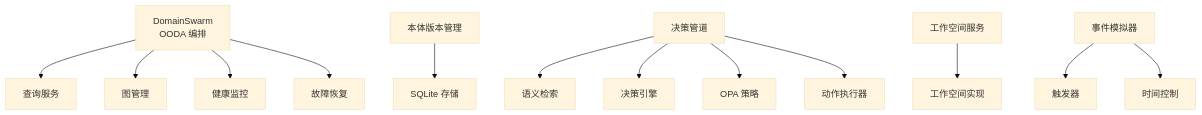
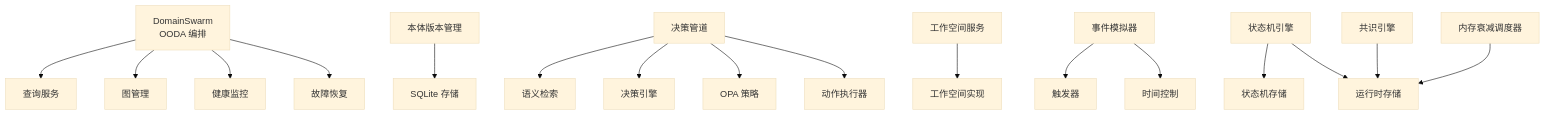
Before and after one commit to inier/ontology-graphiti: the second of 11 diagrams in .qoder/repowiki/zh/content/架构设计/分层架构设计/L3-L4 业务层/L3-L4 业务层.md, drawn with Mermaid (base theme). The commit also changed other lines of this file and 85 other files, not shown here.

````diff
--- a/.qoder/repowiki/zh/content/架构设计/分层架构设计/L3-L4 业务层/L3-L4 业务层.md
+++ b/.qoder/repowiki/zh/content/架构设计/分层架构设计/L3-L4 业务层/L3-L4 业务层.md
@@ -96,15 +137,19 @@
 ```mermaid
 graph TB
 DS["DomainSwarm<br/>OODA 编排"] --> Q["查询服务"]
 DS --> G["图管理"]
 DS --> HM["健康监控"]
 DS --> FR["故障恢复"]
 VM["本体版本管理"] --> ST["SQLite 存储"]
 DP["决策管道"] --> SR["语义检索"]
 DP --> DR["决策引擎"]
 DP --> OPA["OPA 策略"]
 DP --> AE["动作执行器"]
 WS["工作空间服务"] --> IM["工作空间实现"]
 ES["事件模拟器"] --> TR["触发器"]
 ES --> TC["时间控制"]
+SM["状态机引擎"] --> SMT["状态机存储"]
+SM --> RT["运行时存储"]
+CS["共识引擎"] --> RT
+MS["内存衰减调度器"] --> RT
 ```
````
